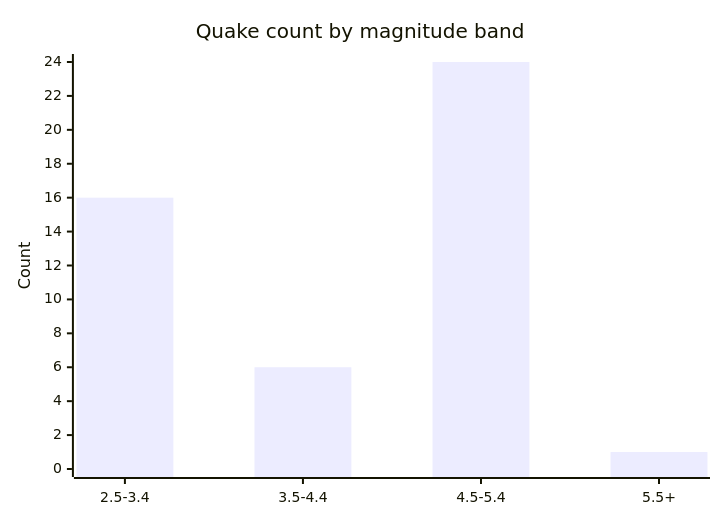
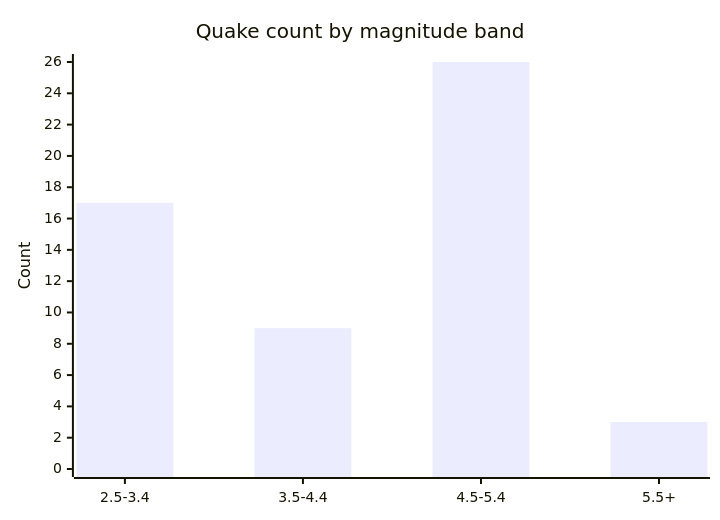
One commit to Midwest-Stratospheric/aerostratospheric-defense-gir changed the fifth of 6 diagrams in docs/GRAPHS.md. Above: the diagram before and after it, drawn with Mermaid. The commit also changed other lines of this file and 25 other files, not shown here.

````diff
--- a/docs/GRAPHS.md
+++ b/docs/GRAPHS.md
@@ -82,7 +82,7 @@
 ```mermaid
 xychart-beta
   title "Quake count by magnitude band"
   x-axis ["2.5-3.4", "3.5-4.4", "4.5-5.4", "5.5+"]
-  y-axis "Count" 0 --> 24
-  bar [16, 6, 24, 1]
+  y-axis "Count" 0 --> 26
+  bar [17, 9, 26, 3]
 ```
````
